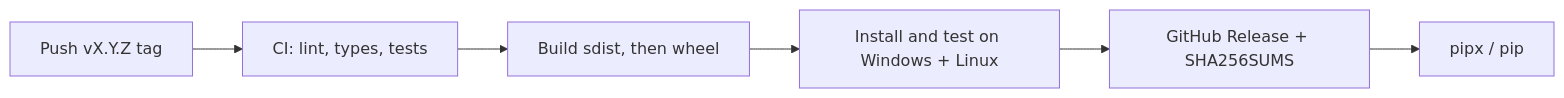
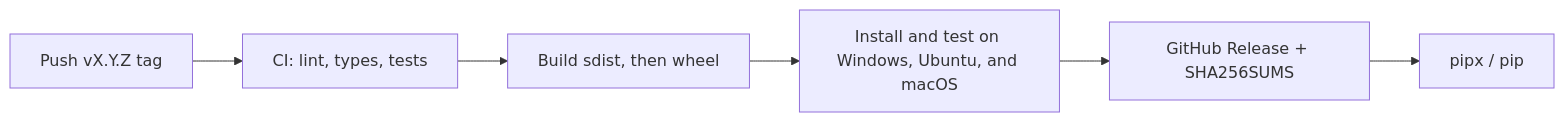
Before and after one commit to galua-study/stepik-author-tools: the fourth of 4 diagrams in README.md, drawn with Mermaid. The commit also changed other lines of this file and 23 other files, not shown here.

First line of the commit message:
Protect CLI outputs, test macOS packages, and document Stepik imports (#15)

````diff
--- a/README.md
+++ b/README.md
@@ -342,8 +361,8 @@
 ```mermaid
 flowchart LR
     Tag["Push vX.Y.Z tag"] --> CI["CI: lint, types, tests"]
     CI --> Build["Build sdist, then wheel"]
-    Build --> Install["Install and test on Windows + Linux"]
+    Build --> Install["Install and test on Windows, Ubuntu, and macOS"]
     Install --> Release["GitHub Release + SHA256SUMS"]
     Release --> User["pipx / pip"]
 ```
````
